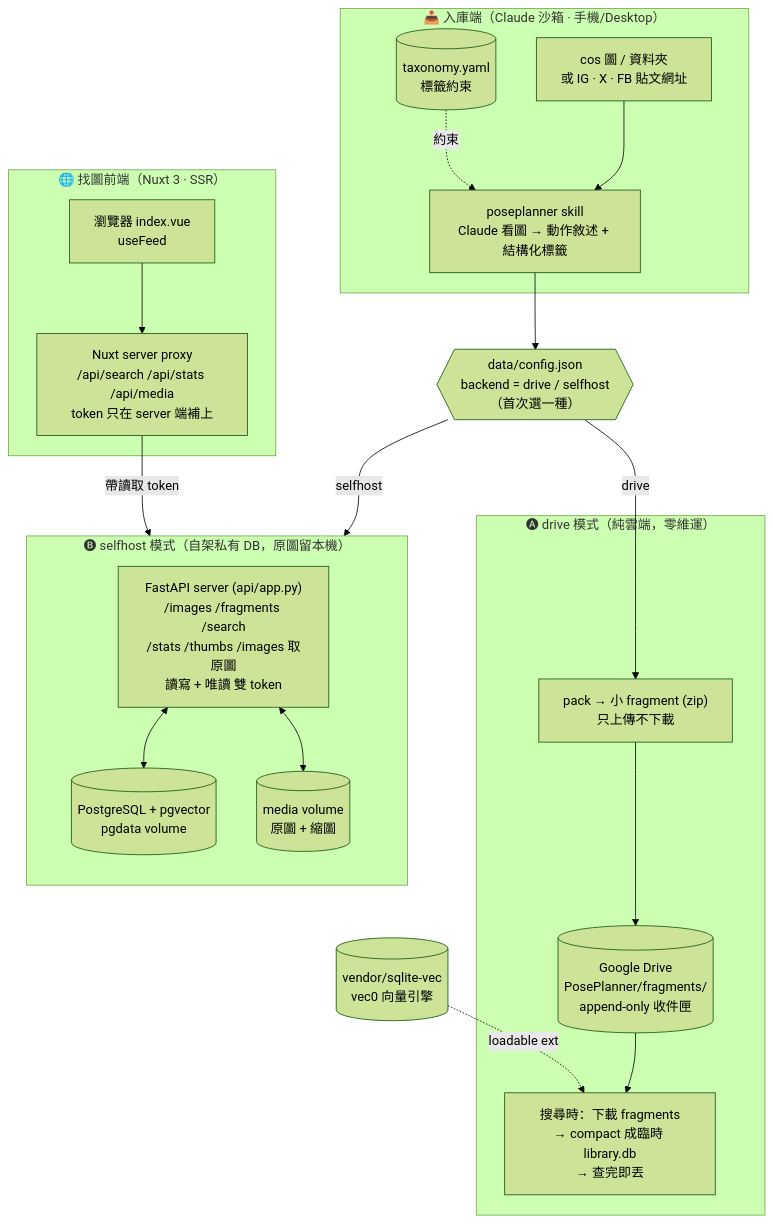
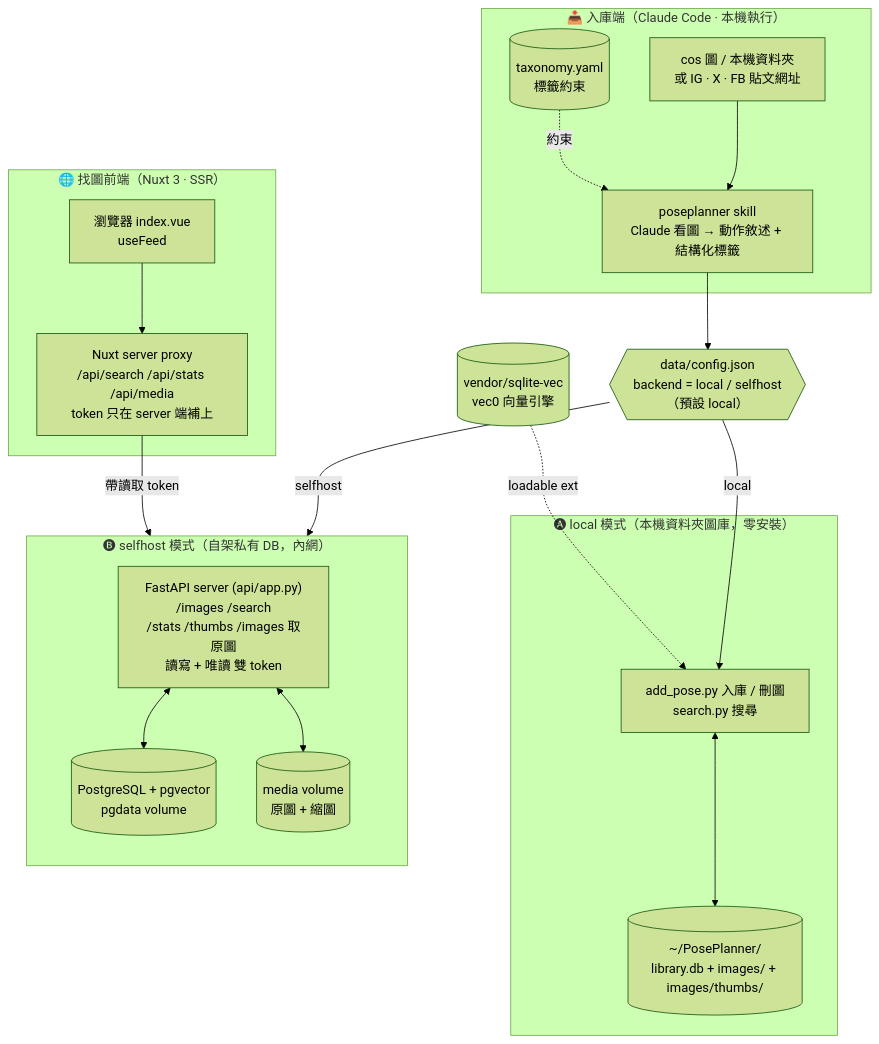
The diagram in docs/architecture.mmd (normantaipei/PosePlanner), drawn with Mermaid (forest theme) before and after one commit. The commit also changed 16 other files, not shown here.

First line of the commit message:
feat: 移除 Google Drive、改為 Claude Code 專用，新增本機資料夾圖庫

```diff
--- a/docs/architecture.mmd
+++ b/docs/architecture.mmd
@@ -1,42 +1,40 @@
 flowchart TB
-    subgraph ingest["📥 入庫端（Claude 沙箱 · 手機/Desktop）"]
-        src["cos 圖 / 資料夾<br/>或 IG · X · FB 貼文網址"]
+    subgraph ingest["📥 入庫端（Claude Code · 本機執行）"]
+        src["cos 圖 / 本機資料夾<br/>或 IG · X · FB 貼文網址"]
         skill["poseplanner skill<br/>Claude 看圖 → 動作敘述 + 結構化標籤"]
         tax[("taxonomy.yaml<br/>標籤約束")]
         src --> skill
         tax -. 約束 .-> skill
     end
 
-    cfg{{"data/config.json<br/>backend = drive / selfhost<br/>（首次選一種）"}}
+    cfg{{"data/config.json<br/>backend = local / selfhost<br/>（預設 local）"}}
     skill --> cfg
 
-    subgraph driveMode["🅐 drive 模式（純雲端，零維運）"]
-        pack["pack → 小 fragment (zip)<br/>只上傳不下載"]
-        gdrive[("Google Drive<br/>PosePlanner/fragments/<br/>append-only 收件匣")]
-        compact["搜尋時：下載 fragments<br/>→ compact 成臨時 library.db<br/>→ 查完即丟"]
-        pack --> gdrive
-        gdrive --> compact
+    subgraph localMode["🅐 local 模式（本機資料夾圖庫，零安裝）"]
+        scripts["add_pose.py 入庫 / 刪圖<br/>search.py 搜尋"]
+        lib[("~/PosePlanner/<br/>library.db + images/ + images/thumbs/")]
+        scripts <--> lib
     end
 
-    subgraph selfhost["🅑 selfhost 模式（自架私有 DB，原圖留本機）"]
+    subgraph selfhost["🅑 selfhost 模式（自架私有 DB，內網）"]
         direction TB
-        api["FastAPI server (api/app.py)<br/>/images /fragments /search<br/>/stats /thumbs /images 取原圖<br/>讀寫 + 唯讀 雙 token"]
+        api["FastAPI server (api/app.py)<br/>/images /search<br/>/stats /thumbs /images 取原圖<br/>讀寫 + 唯讀 雙 token"]
         pg[("PostgreSQL + pgvector<br/>pgdata volume")]
         media[("media volume<br/>原圖 + 縮圖")]
         api <--> pg
         api <--> media
     end
 
-    cfg -- drive --> pack
+    cfg -- local --> scripts
     cfg -- selfhost --> api
 
     subgraph webapp["🌐 找圖前端（Nuxt 3 · SSR）"]
         browser["瀏覽器 index.vue<br/>useFeed"]
         proxy["Nuxt server proxy<br/>/api/search /api/stats /api/media<br/>token 只在 server 端補上"]
         browser --> proxy
     end
 
     proxy -->|"帶讀取 token"| api
 
     vendor[("vendor/sqlite-vec<br/>vec0 向量引擎")]
-    vendor -. loadable ext .-> compact
+    vendor -. loadable ext .-> scripts
```
